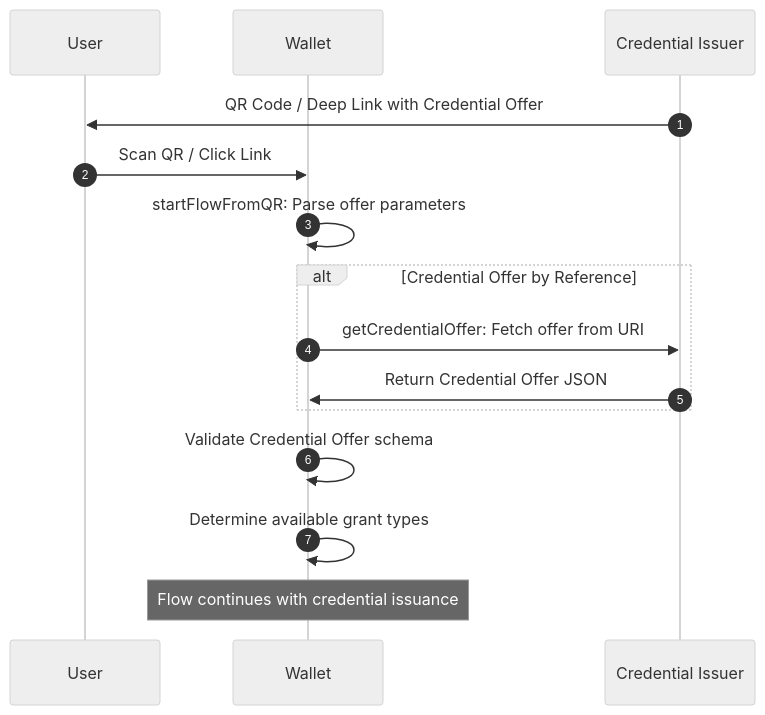
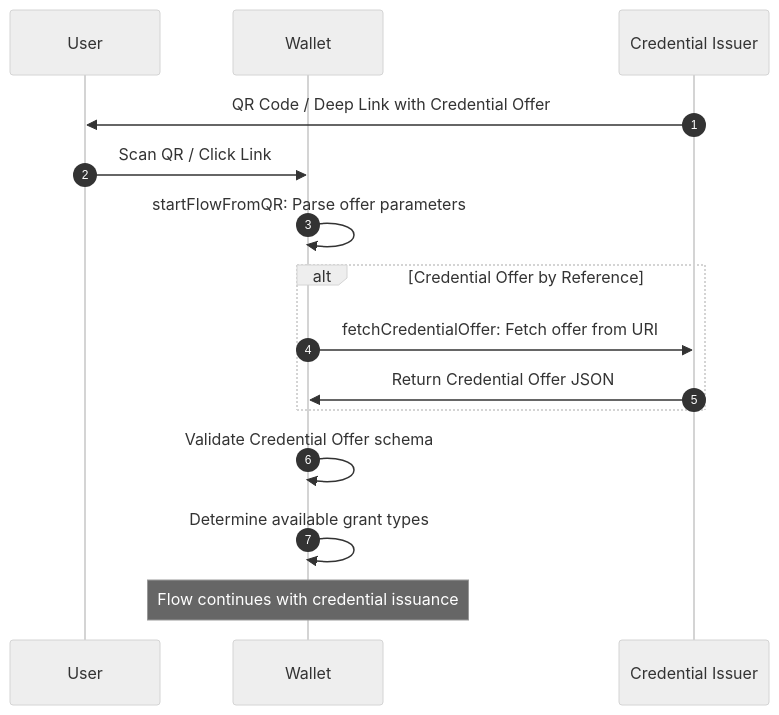
Before and after one commit to pagopa/io-react-native-wallet: the diagram in src/credential/offer/README.md, drawn with Mermaid (neutral theme). The commit also changed other lines of this file and 3 other files, not shown here.

````diff
--- a/src/credential/offer/README.md
+++ b/src/credential/offer/README.md
@@ -11,18 +11,18 @@
 ```mermaid
 sequenceDiagram
   autonumber
   participant U as User
   participant W as Wallet
   participant CI as Credential Issuer
 
   CI->>U: QR Code / Deep Link with Credential Offer
   U->>W: Scan QR / Click Link
   W->>W: startFlowFromQR: Parse offer parameters
   alt Credential Offer by Reference
-    W->>CI: getCredentialOffer: Fetch offer from URI
+    W->>CI: fetchCredentialOffer: Fetch offer from URI
     CI->>W: Return Credential Offer JSON
   end
   W->>W: Validate Credential Offer schema
   W->>W: Determine available grant types
   Note over W: Flow continues with credential issuance
 ```
````
